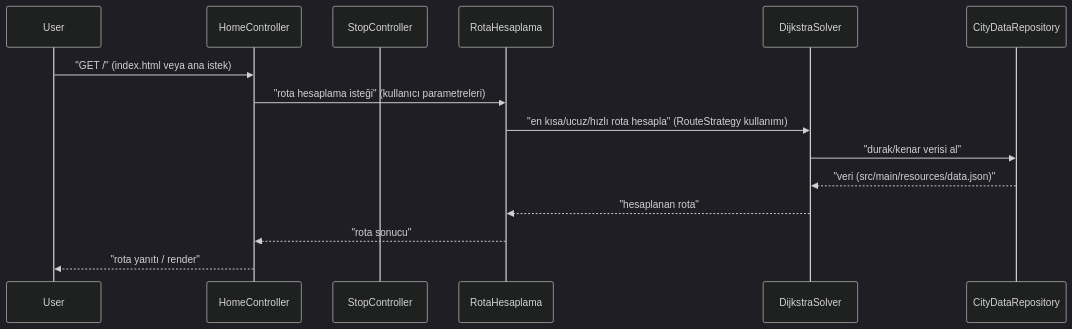
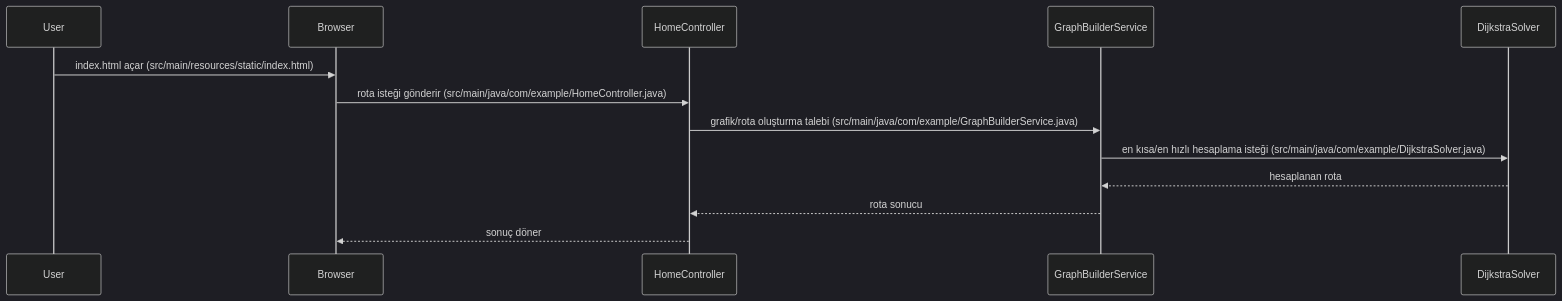
The second of 2 diagrams in README_ARCH.md (YusuffBulbul/Izmit_sehir_ici_ulasim), drawn with Mermaid (dark theme) before and after one commit. The commit also changed other lines of this file, not shown here.

Commit message:
docs: update architecture blueprint and code review (2026-09-07)

````diff
--- a/README_ARCH.md
+++ b/README_ARCH.md
@@ -68,19 +68,16 @@
 ```mermaid
 sequenceDiagram
-  participant User
-  participant HomeController
-  participant StopController
-  participant RotaHesaplama
-  participant DijkstraSolver
-  participant CityDataRepository
-
-  User->>HomeController: "GET /" (index.html veya ana istek)
-  HomeController->>RotaHesaplama: "rota hesaplama isteği" (kullanıcı parametreleri)
-  RotaHesaplama->>DijkstraSolver: "en kısa/ucuz/hızlı rota hesapla" (RouteStrategy kullanımı)
-  DijkstraSolver->>CityDataRepository: "durak/kenar verisi al"
-  CityDataRepository-->>DijkstraSolver: "veri (src/main/resources/data.json)"
-  DijkstraSolver-->>RotaHesaplama: "hesaplanan rota"
-  RotaHesaplama-->>HomeController: "rota sonucu"
-  HomeController-->>User: "rota yanıtı / render"
+participant User
+participant Browser
+participant HomeController
+participant GraphBuilderService
+participant DijkstraSolver
+User->>Browser: index.html açar (src/main/resources/static/index.html)
+Browser->>HomeController: rota isteği gönderir (src/main/java/com/example/HomeController.java)
+HomeController->>GraphBuilderService: grafik/rota oluşturma talebi (src/main/java/com/example/GraphBuilderService.java)
+GraphBuilderService->>DijkstraSolver: en kısa/en hızlı hesaplama isteği (src/main/java/com/example/DijkstraSolver.java)
+DijkstraSolver-->>GraphBuilderService: hesaplanan rota
+GraphBuilderService-->>HomeController: rota sonucu
+HomeController-->>Browser: sonuç döner
 
 ```
````
